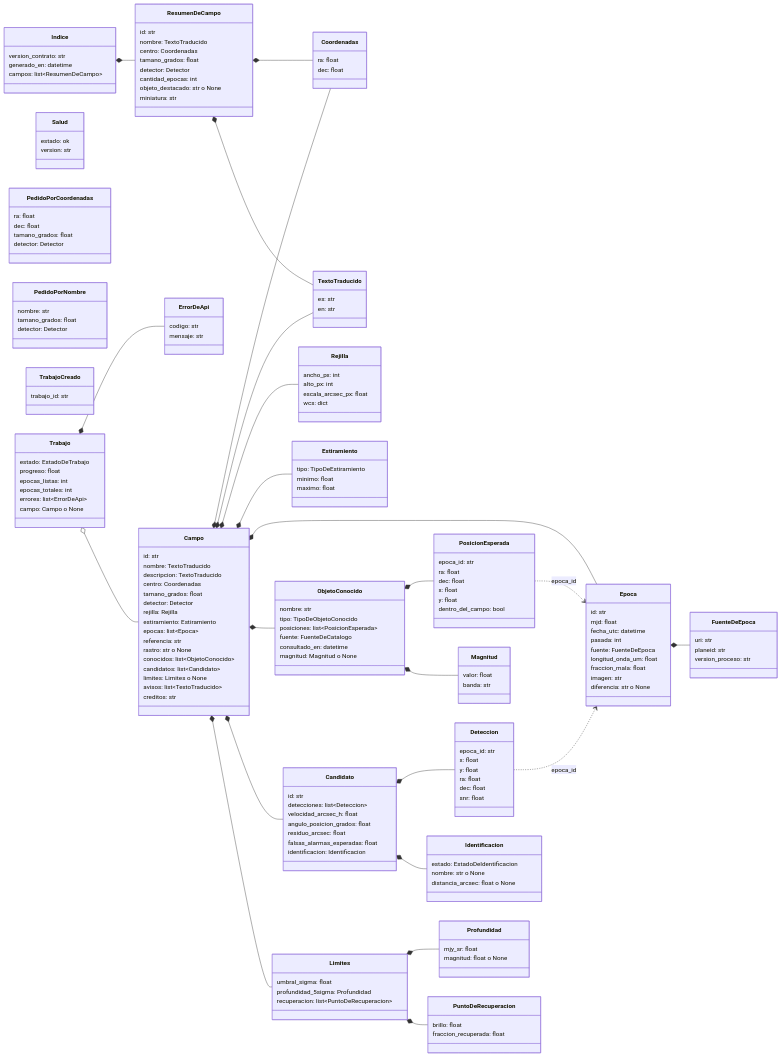
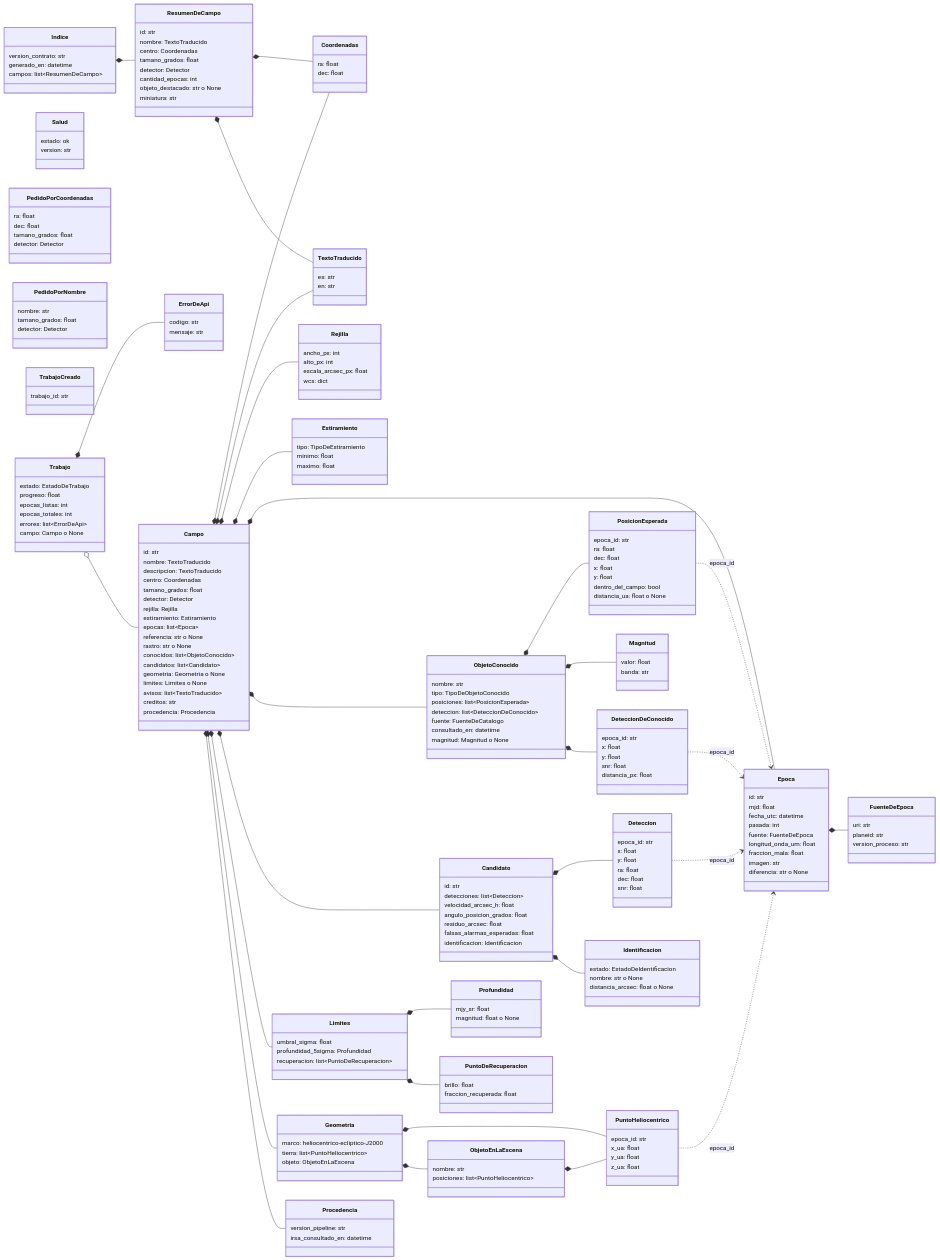
One commit to lautaromoreyraa/spherex-blink changed the seventh of 10 diagrams in README.md. Above: the diagram before and after it, drawn with Mermaid. The commit also changed other lines of this file, not shown here.

First line of the commit message:
RNF-12: Reescribe el README con el pipeline de datos real

````diff
--- a/README.md
+++ b/README.md
@@ -310,13 +333,34 @@
         rejilla: Rejilla
         estiramiento: Estiramiento
         epocas: list~Epoca~
-        referencia: str
+        referencia: str o None
         rastro: str o None
         conocidos: list~ObjetoConocido~
         candidatos: list~Candidato~
+        geometria: Geometria o None
         limites: Limites o None
         avisos: list~TextoTraducido~
         creditos: str
+        procedencia: Procedencia
+    }
+    class Geometria {
+        marco: heliocentrico-ecliptico-J2000
+        tierra: list~PuntoHeliocentrico~
+        objeto: ObjetoEnLaEscena
+    }
+    class ObjetoEnLaEscena {
+        nombre: str
+        posiciones: list~PuntoHeliocentrico~
+    }
+    class PuntoHeliocentrico {
+        epoca_id: str
+        x_ua: float
+        y_ua: float
+        z_ua: float
+    }
+    class Procedencia {
+        version_pipeline: str
+        irsa_consultado_en: datetime
     }
     class TextoTraducido {
         es: str
@@ -357,6 +401,7 @@
         nombre: str
         tipo: TipoDeObjetoConocido
         posiciones: list~PosicionEsperada~
+        deteccion: list~DeteccionDeConocido~
         fuente: FuenteDeCatalogo
         consultado_en: datetime
         magnitud: Magnitud o None
@@ -368,6 +413,14 @@
         x: float
         y: float
         dentro_del_campo: bool
+        distancia_ua: float o None
+    }
+    class DeteccionDeConocido {
+        epoca_id: str
+        x: float
+        y: float
+        snr: float
+        distancia_px: float
     }
     class Magnitud {
         valor: float
@@ -453,6 +506,12 @@
     Epoca *-- FuenteDeEpoca
     ObjetoConocido *-- PosicionEsperada
     ObjetoConocido *-- Magnitud
+    ObjetoConocido *-- DeteccionDeConocido
+    Campo *-- Geometria
+    Campo *-- Procedencia
+    Geometria *-- PuntoHeliocentrico
+    Geometria *-- ObjetoEnLaEscena
+    ObjetoEnLaEscena *-- PuntoHeliocentrico
     Candidato *-- Deteccion
     Candidato *-- Identificacion
     Limites *-- Profundidad
@@ -461,4 +520,6 @@
     Trabajo o-- Campo
     PosicionEsperada ..> Epoca : epoca_id
     Deteccion ..> Epoca : epoca_id
+    DeteccionDeConocido ..> Epoca : epoca_id
+    PuntoHeliocentrico ..> Epoca : epoca_id
 ```
````
